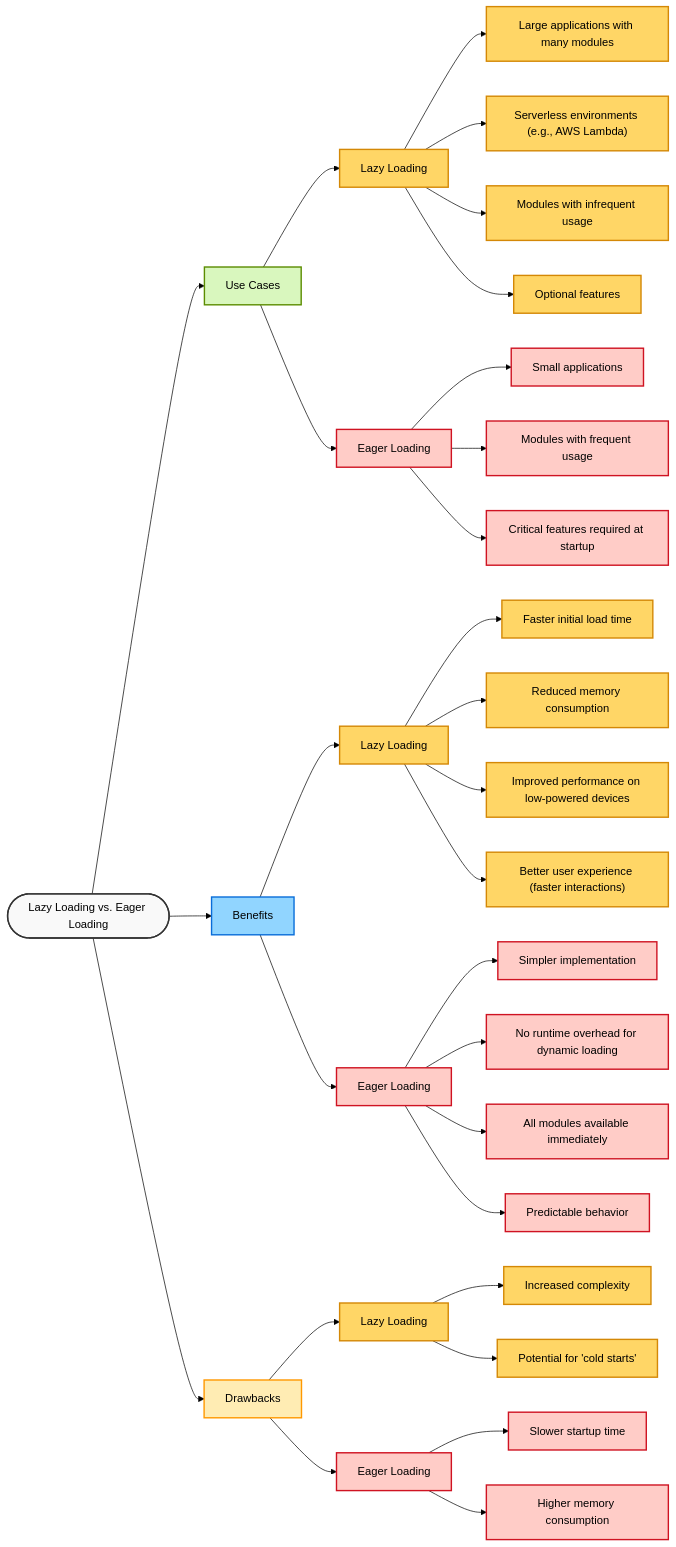
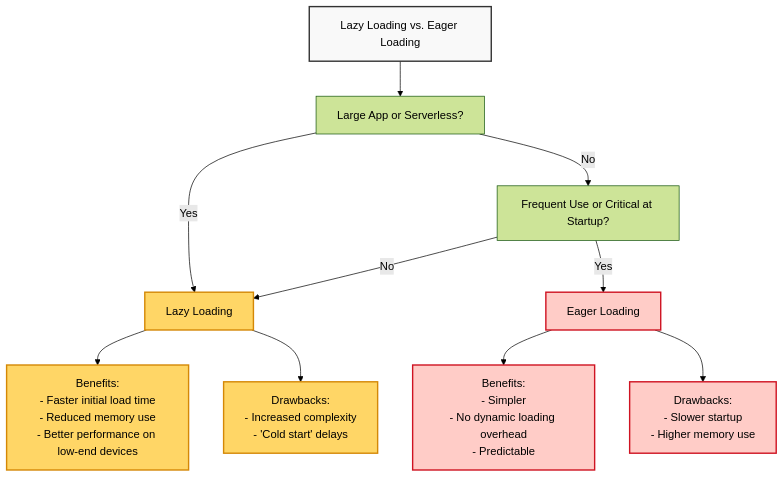
Before and after one commit to kelvin-bz/nest-lazy-loading-modules: the first of 3 diagrams in README.md, drawn with Mermaid (forest theme). The commit also changed other lines of this file and 5 other files, not shown here.

````diff
--- a/README.md
+++ b/README.md
@@ -5,49 +5,22 @@
 ```mermaid
-flowchart LR
-    A([Lazy Loading vs. Eager Loading]):::root
+flowchart TD
+    A[Lazy Loading vs. Eager Loading]:::root
+    A --> B[Large App or Serverless?]
 
-    A --> B[Use Cases]:::usecase
-    B --> C[Lazy Loading]:::lazyloading
-    B --> D[Eager Loading]:::eagerloading
+    B -- Yes --> C[Lazy Loading]:::lazyloading
+    B -- No --> D[Frequent Use or Critical at Startup?]
 
-    C --> C1[Large applications with many modules]:::lazyloading
-    C --> C2["Serverless environments (e.g., AWS Lambda)"]:::lazyloading
-    C --> C3[Modules with infrequent usage]:::lazyloading
-    C --> C4[Optional features]:::lazyloading
+    D -- Yes --> E[Eager Loading]:::eagerloading
+    D -- No --> C
 
-    D --> D1[Small applications]:::eagerloading
-    D --> D2[Modules with frequent usage]:::eagerloading
-    D --> D3[Critical features required at startup]:::eagerloading
+    C --> F["Benefits:\n- Faster initial load time\n- Reduced memory use\n- Better performance on low-end devices"]:::lazyloading
+    C --> G["Drawbacks:\n- Increased complexity\n- 'Cold start' delays"]:::lazyloading
 
-    A --> E[Benefits]:::benefits
-    E --> F[Lazy Loading]:::lazyloading
-    E --> G[Eager Loading]:::eagerloading
-
-    F --> F1[Faster initial load time]:::lazyloading
-    F --> F2[Reduced memory consumption]:::lazyloading
-    F --> F3[Improved performance on low-powered devices]:::lazyloading
-    F --> F4["Better user experience (faster interactions)"]:::lazyloading
-
-    G --> G1[Simpler implementation]:::eagerloading
-    G --> G2[No runtime overhead for dynamic loading]:::eagerloading
-    G --> G3[All modules available immediately]:::eagerloading
-    G --> G4[Predictable behavior]:::eagerloading
-
-    A --> H[Drawbacks]:::drawbacks
-    H --> I[Lazy Loading]:::lazyloading
-    H --> J[Eager Loading]:::eagerloading
-
-    I --> I1[Increased complexity]:::lazyloading
-    I --> I2["Potential for 'cold starts'"]:::lazyloading
-
-    J --> J1[Slower startup time]:::eagerloading
-    J --> J2[Higher memory consumption]:::eagerloading
+    E --> H["Benefits:\n- Simpler\n- No dynamic loading overhead\n- Predictable"]:::eagerloading
+    E --> I["Drawbacks:\n- Slower startup\n- Higher memory use"]:::eagerloading
 
     classDef root fill:#f9f9f9,stroke:#333,stroke-width:2px;
-    classDef usecase fill:#d9f7be,stroke:#5b8c00,stroke-width:2px;
     classDef lazyloading fill:#ffd666,stroke:#d48806,stroke-width:2px;
     classDef eagerloading fill:#ffccc7,stroke:#cf1322,stroke-width:2px;
-    classDef benefits fill:#91d5ff,stroke:#096dd9,stroke-width:2px;
-    classDef drawbacks fill:#ffecb3,stroke:#ff9800,stroke-width:2px;
 
 ```
````
